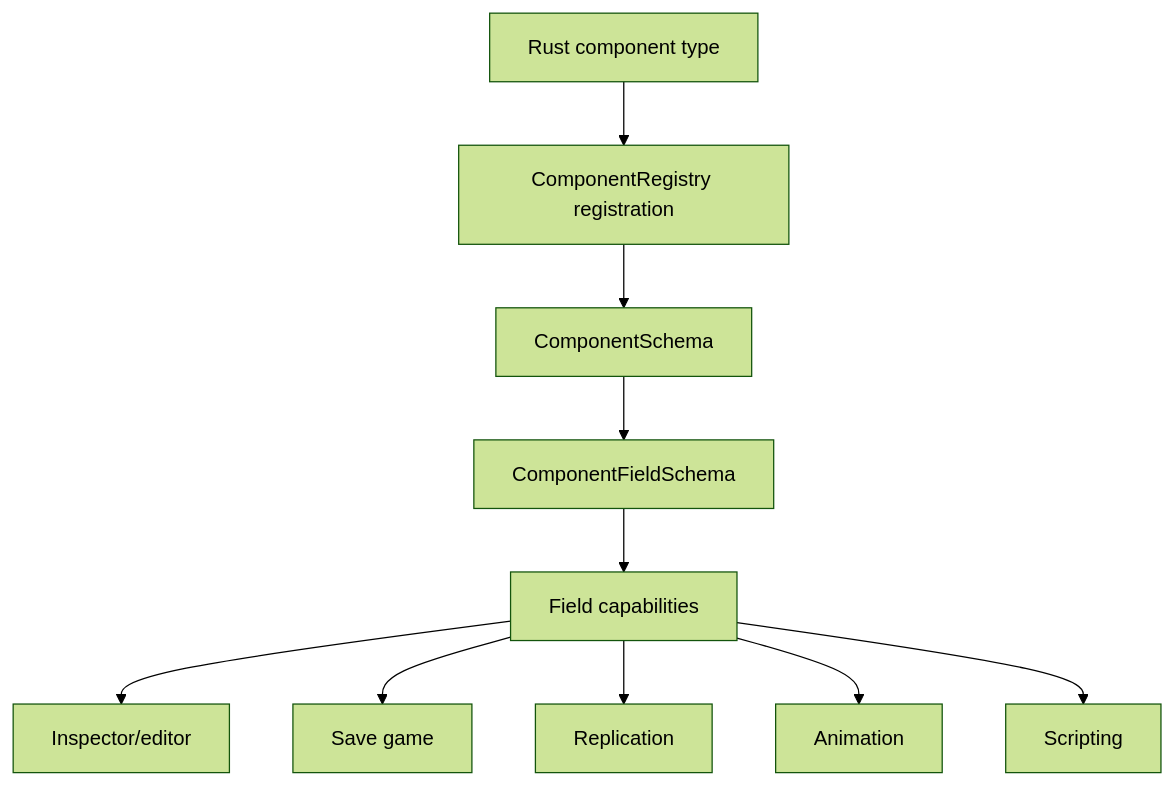
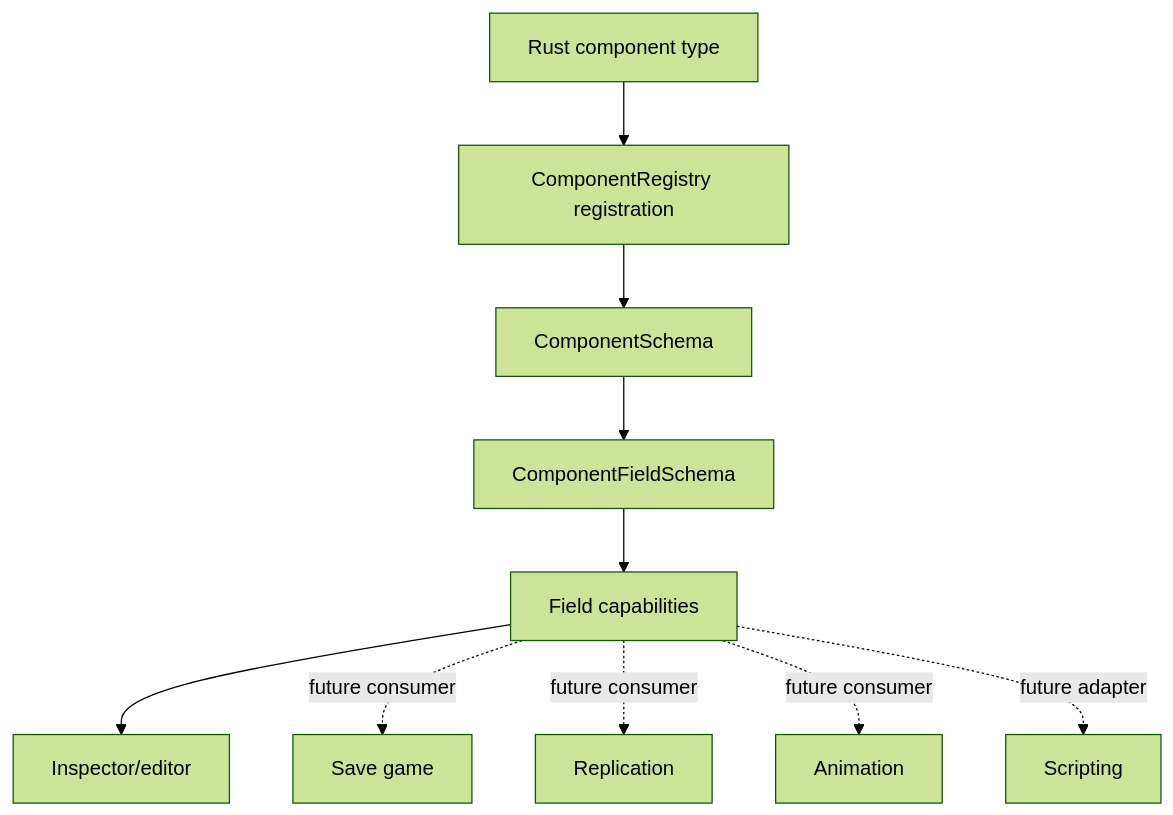
The diagram in docs/architecture/adr/0045-component-schema-capability-metadata.md (Latias94/nara), drawn with Mermaid (forest theme) before and after one commit. The commit also changed other lines of this file and 82 other files, not shown here.

Commit message:
feat(schema): establish canonical persistence contracts

````diff
--- a/docs/architecture/adr/0045-component-schema-capability-metadata.md
+++ b/docs/architecture/adr/0045-component-schema-capability-metadata.md
@@ -30,12 +32,12 @@
 ```mermaid
 flowchart TD
     RustType[Rust component type] --> Registry[ComponentRegistry registration]
     Registry --> Schema[ComponentSchema]
     Schema --> Fields[ComponentFieldSchema]
     Fields --> Capabilities[Field capabilities]
     Capabilities --> Editor[Inspector/editor]
-    Capabilities --> Save[Save game]
-    Capabilities --> Net[Replication]
-    Capabilities --> Anim[Animation]
-    Capabilities --> Script[Scripting]
+    Capabilities -. future consumer .-> Save[Save game]
+    Capabilities -. future consumer .-> Net[Replication]
+    Capabilities -. future consumer .-> Anim[Animation]
+    Capabilities -. future adapter .-> Script[Scripting]
 ```
````
